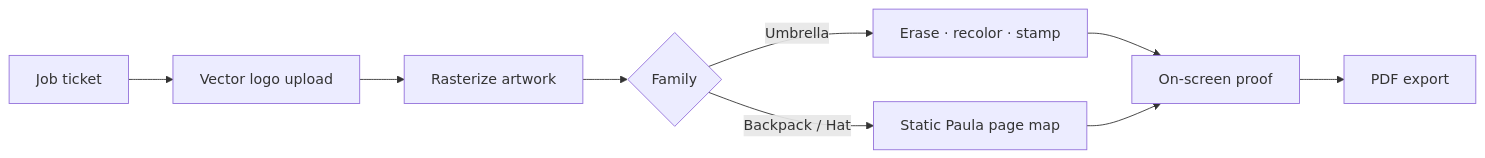
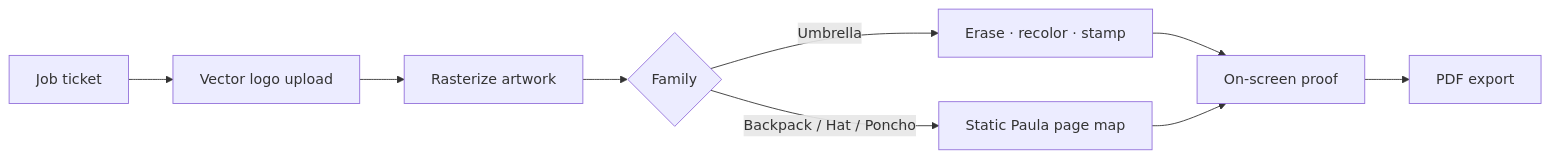
One commit to WeathermanInc/virtual-mockup changed the first of 4 diagrams in README.md. Above: the diagram before and after it, drawn with Mermaid. The commit also changed other lines of this file and 3 other files, not shown here.

First line of the commit message:
Document Stride Pullover Poncho static map across README, guide, and rules (stamp 112).

````diff
--- a/README.md
+++ b/README.md
@@ -150,11 +153,11 @@
 ```mermaid
 flowchart LR
   A[Job ticket] --> B[Vector logo upload]
   B --> C[Rasterize artwork]
   C --> D{Family}
   D -->|Umbrella| E[Erase · recolor · stamp]
-  D -->|Backpack / Hat| F[Static Paula page map]
+  D -->|Backpack / Hat / Poncho| F[Static Paula page map]
   E --> G[On-screen proof]
   F --> G
   G --> H[PDF export]
 ```
````
